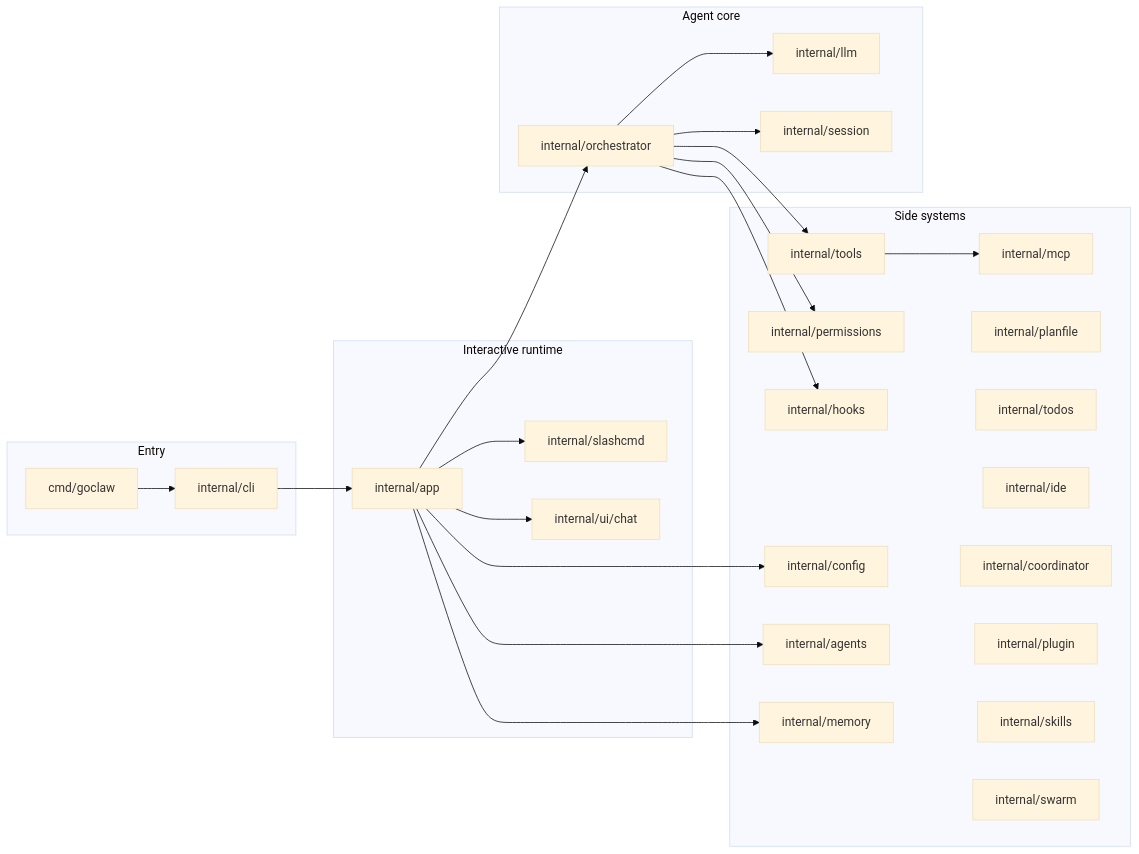
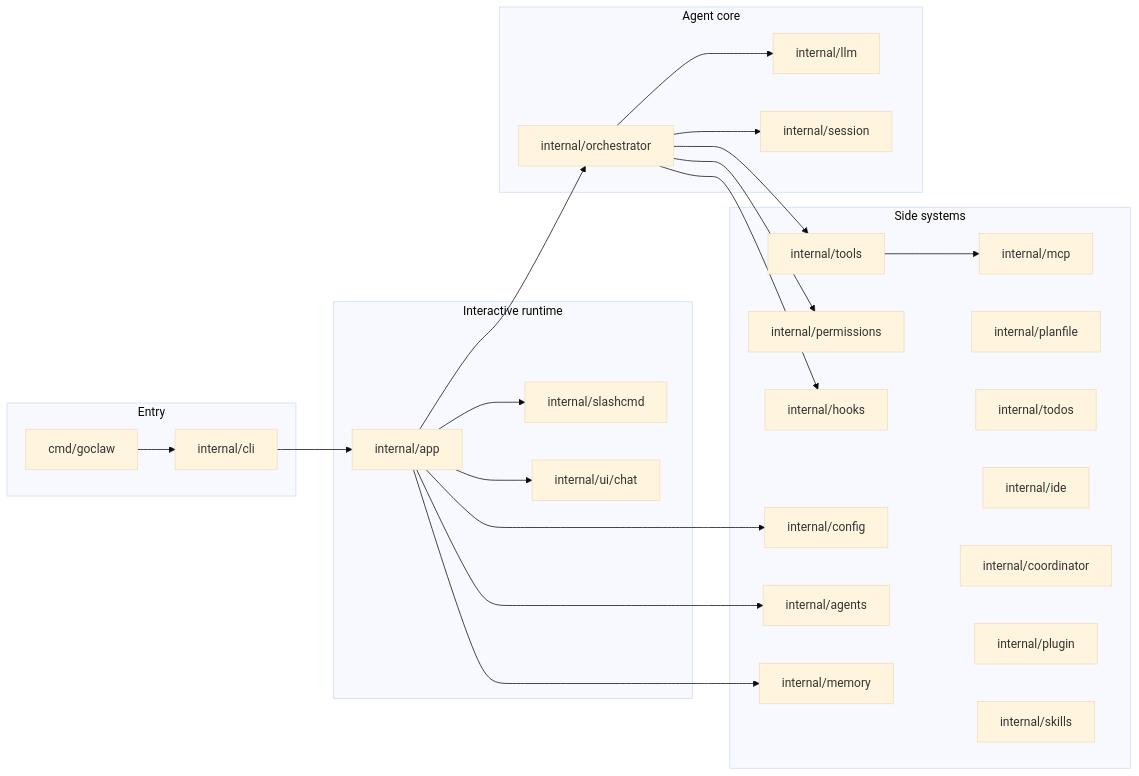
The diagram in docs/reference/code-adjustment-map.md (okuzpe/go-code), drawn with Mermaid (base theme) before and after one commit. The commit also changed other lines of this file and 23 other files, not shown here.

````diff
--- a/docs/reference/code-adjustment-map.md
+++ b/docs/reference/code-adjustment-map.md
@@ -26,46 +26,45 @@
 ```mermaid
 flowchart LR
   subgraph entry [Entry]
     CMD[cmd/goclaw]
     CLI[internal/cli]
   end
   subgraph runtime [Interactive runtime]
     APP[internal/app]
     SLASH[internal/slashcmd]
     UI[internal/ui/chat]
   end
   subgraph core [Agent core]
     ORCH[internal/orchestrator]
     LLM[internal/llm]
     SESS[internal/session]
   end
   subgraph side [Side systems]
     TOOLS[internal/tools]
     PERM[internal/permissions]
     CFG[internal/config]
     HOOKS[internal/hooks]
     MCP[internal/mcp]
     AGENTS[internal/agents]
     MEM[internal/memory]
     PLAN[internal/planfile]
     TODOS[internal/todos]
     IDE[internal/ide]
     COORD[internal/coordinator]
     PLUGIN[internal/plugin]
     SKILLS[internal/skills]
-    SWARM[internal/swarm]
   end
   CMD --> CLI --> APP
   APP --> ORCH
   APP --> SLASH
   APP --> UI
   ORCH --> LLM
   ORCH --> SESS
   ORCH --> TOOLS
   ORCH --> PERM
   TOOLS --> MCP
   APP --> CFG
   ORCH --> HOOKS
   APP --> AGENTS
   APP --> MEM
 ```
````
